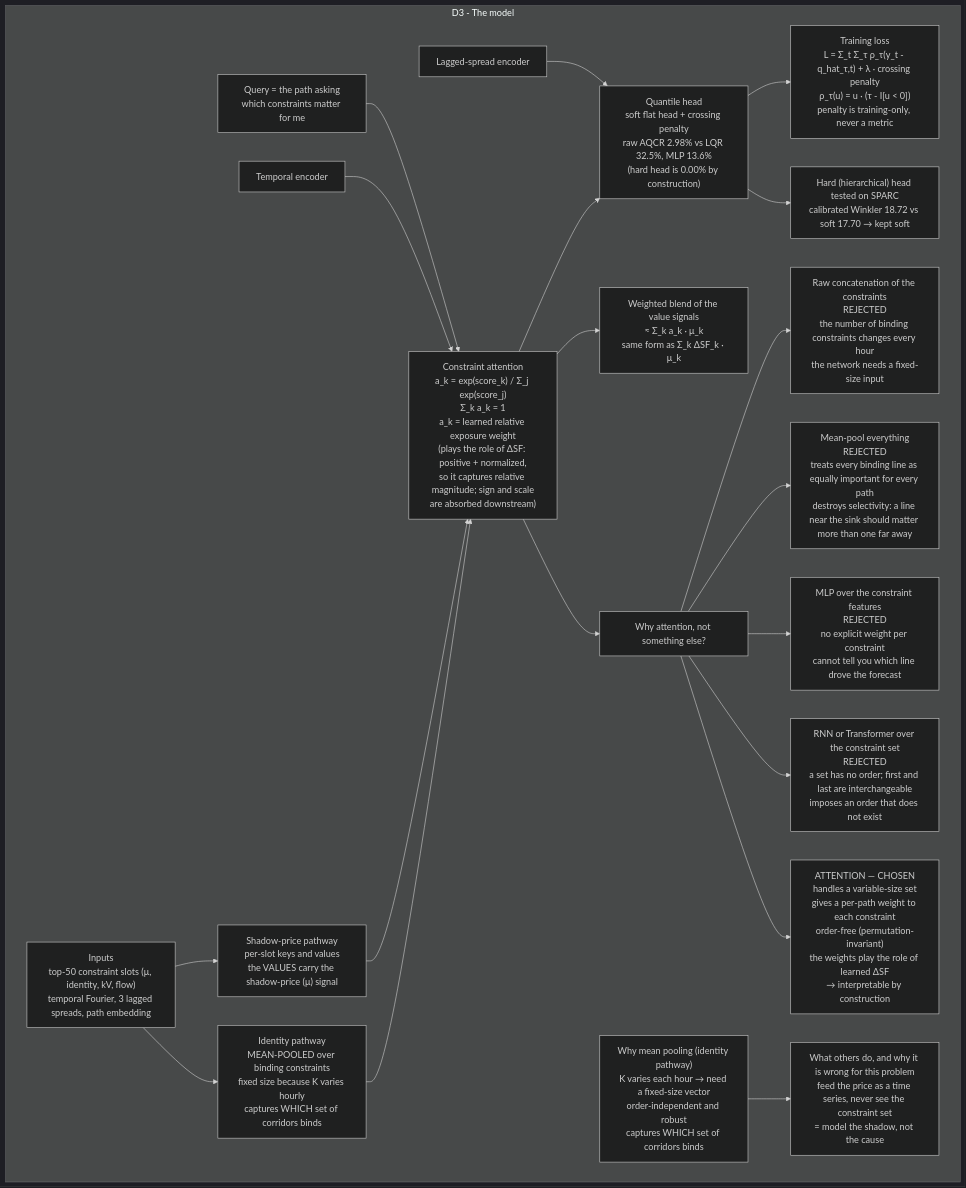
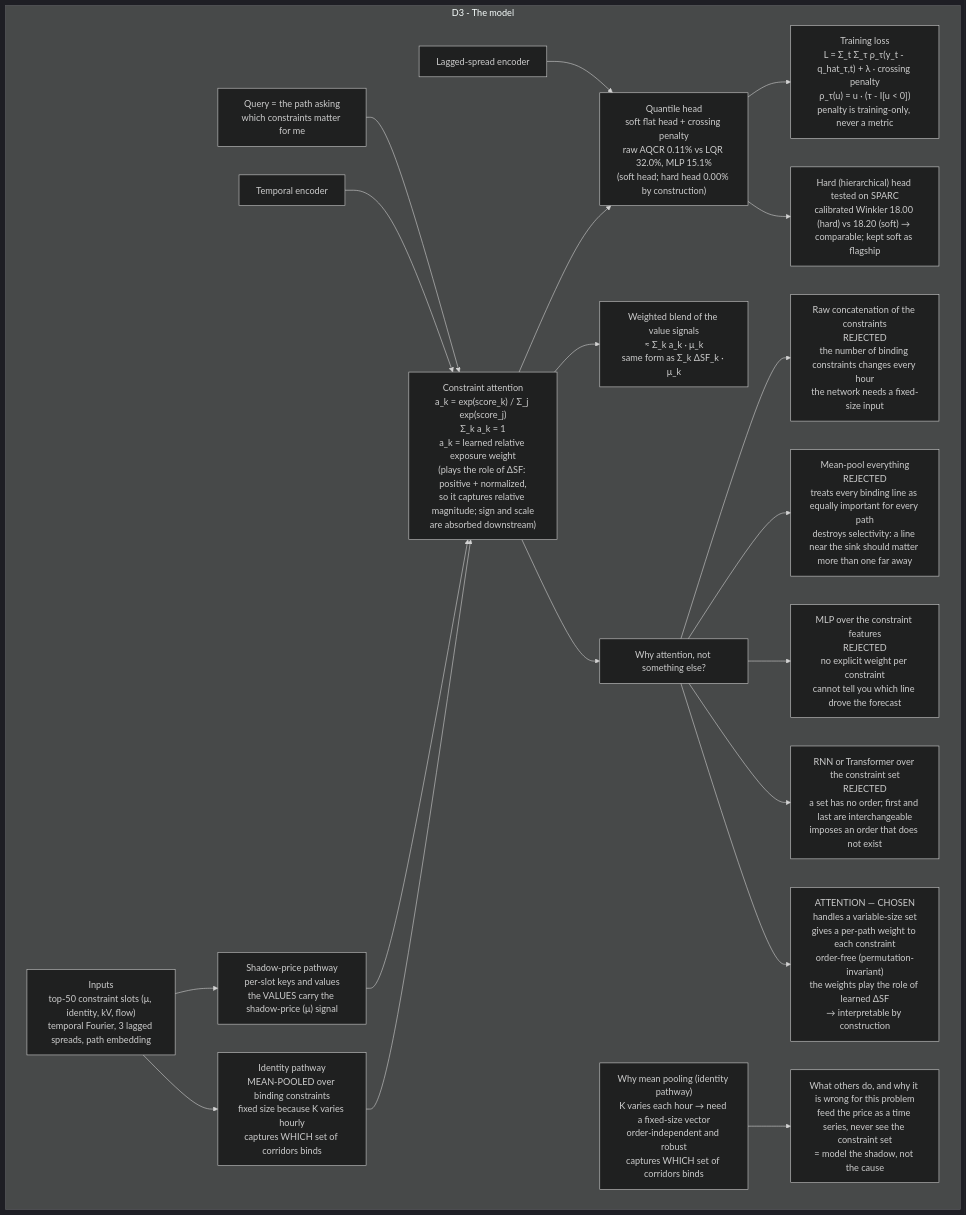
One commit to L1ZLe/ercot-casp-paper changed the diagram in docs/explanation/07-sparc-full-04-G_D3.mmd. Above: the diagram before and after it, drawn with Mermaid (dark theme). The commit also changed 41 other files, not shown here.

```diff
--- a/docs/explanation/07-sparc-full-04-G_D3.mmd
+++ b/docs/explanation/07-sparc-full-04-G_D3.mmd
@@ -1,24 +1,24 @@
 flowchart TD
 subgraph G_D3["D3 - The model"]
     IN["Inputs<br/>top-50 constraint slots (μ, identity, kV, flow)<br/>temporal Fourier, 3 lagged spreads, path embedding"] --> ID
     IN --> MU
     ID["Identity pathway<br/>MEAN-POOLED over binding constraints<br/>fixed size because K varies hourly<br/>captures WHICH set of corridors binds"] --> ATTN_D3
     MU["Shadow-price pathway<br/>per-slot keys and values<br/>the VALUES carry the shadow-price (μ) signal"] --> ATTN_D3
     TEMP["Temporal encoder"] --> ATTN_D3
     Q["Query = the path asking<br/>which constraints matter for me"] --> ATTN_D3
     ATTN_D3["Constraint attention<br/>a_k = exp(score_k) / Σ_j exp(score_j)<br/>Σ_k a_k = 1<br/>a_k = learned relative exposure weight<br/>(plays the role of ΔSF: positive + normalized,<br/>so it captures relative magnitude; sign and scale<br/>are absorbed downstream)"] --> HEAD
     ATTN_D3 --> BLEND["Weighted blend of the value signals<br/>≈ Σ_k a_k · μ_k<br/>same form as Σ_k ΔSF_k · μ_k"]
-    HEAD["Quantile head<br/>soft flat head + crossing penalty<br/>raw AQCR 2.98% vs LQR 32.5%, MLP 13.6%<br/>(hard head is 0.00% by construction)"] --> LOSS["Training loss<br/>L = Σ_t Σ_τ ρ_τ(y_t - q_hat_τ,t) + λ · crossing penalty<br/>ρ_τ(u) = u · (τ - I[u &lt; 0])<br/>penalty is training-only, never a metric"]
-    HEAD --> HARD2["Hard (hierarchical) head tested on SPARC<br/>calibrated Winkler 18.72 vs soft 17.70 → kept soft"]
+    HEAD["Quantile head<br/>soft flat head + crossing penalty<br/>raw AQCR 0.11% vs LQR 32.0%, MLP 15.1%<br/>(soft head; hard head 0.00% by construction)"] --> LOSS["Training loss<br/>L = Σ_t Σ_τ ρ_τ(y_t - q_hat_τ,t) + λ · crossing penalty<br/>ρ_τ(u) = u · (τ - I[u &lt; 0])<br/>penalty is training-only, never a metric"]
+    HEAD --> HARD2["Hard (hierarchical) head tested on SPARC<br/>calibrated Winkler 18.00 (hard) vs 18.20 (soft) → comparable; kept soft as flagship"]
     LAG["Lagged-spread encoder"] --> HEAD
 
     ATTN_D3 --> WHY_ROOT["Why attention, not something else?"]
     WHY_ROOT --> A1["Raw concatenation of the constraints<br/>REJECTED<br/>the number of binding constraints changes every hour<br/>the network needs a fixed-size input"]
     WHY_ROOT --> A2["Mean-pool everything<br/>REJECTED<br/>treats every binding line as equally important for every path<br/>destroys selectivity: a line near the sink should matter more than one far away"]
     WHY_ROOT --> A3["MLP over the constraint features<br/>REJECTED<br/>no explicit weight per constraint<br/>cannot tell you which line drove the forecast"]
     WHY_ROOT --> A4["RNN or Transformer over the constraint set<br/>REJECTED<br/>a set has no order; first and last are interchangeable<br/>imposes an order that does not exist"]
     WHY_ROOT --> WIN["ATTENTION — CHOSEN<br/>handles a variable-size set<br/>gives a per-path weight to each constraint<br/>order-free (permutation-invariant)<br/>the weights play the role of learned ΔSF<br/>→ interpretable by construction"]
     WHYID["Why mean pooling (identity pathway)<br/>K varies each hour → need a fixed-size vector<br/>order-independent and robust<br/>captures WHICH set of corridors binds"]
     OTHERS["What others do, and why it is wrong for this problem<br/>feed the price as a time series, never see the constraint set<br/>= model the shadow, not the cause"]
     WHYID --> OTHERS
   end
```
